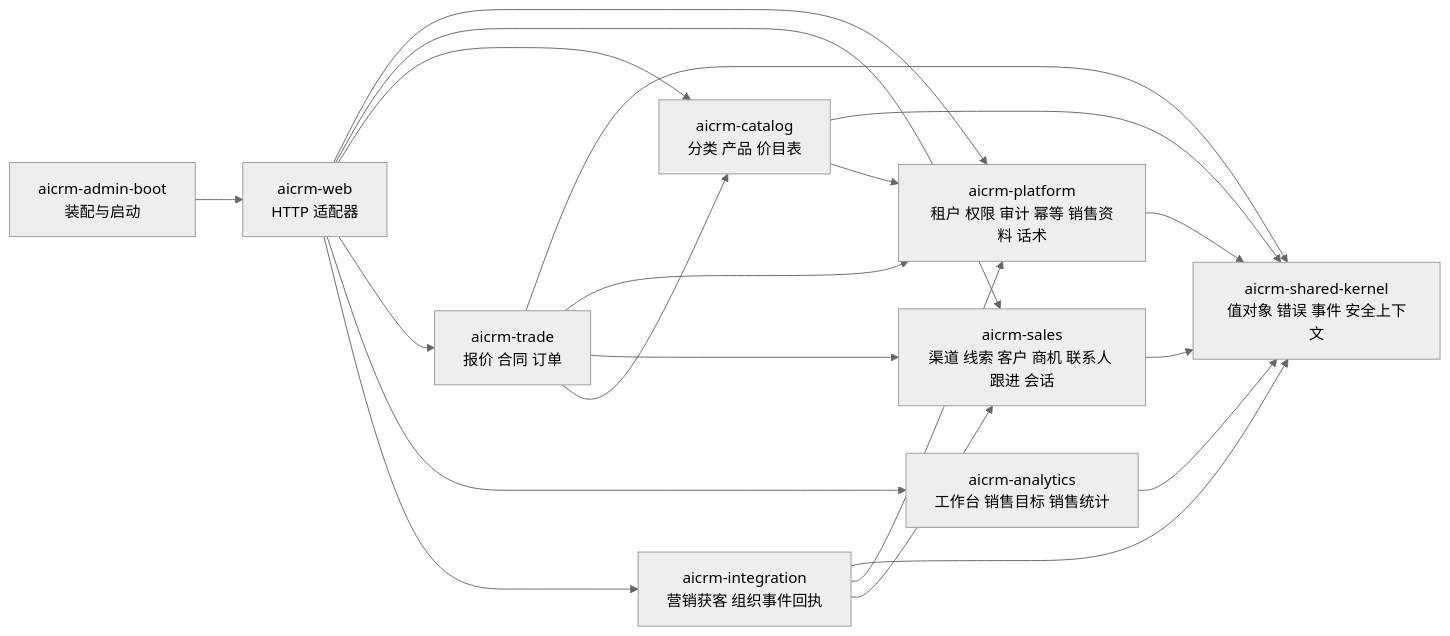
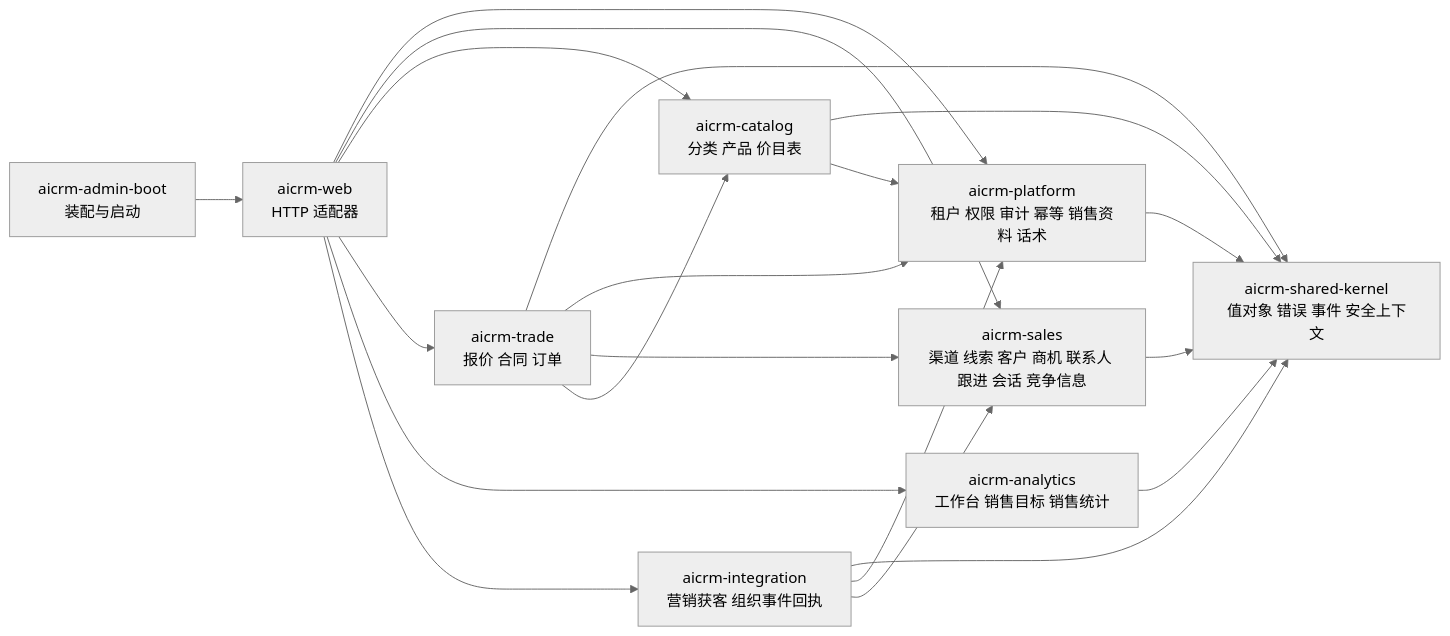
Before and after one commit to Squirtles331/AiCRM: the diagram in docs/architecture/README.md, drawn with Mermaid (neutral theme). The commit also changed other lines of this file and 14 other files, not shown here.

````diff
--- a/docs/architecture/README.md
+++ b/docs/architecture/README.md
@@ -11,22 +11,22 @@
 ```mermaid
 flowchart LR
     WEB["aicrm-web\nHTTP 适配器"] --> PLATFORM["aicrm-platform\n租户 权限 审计 幂等 销售资料 话术"]
-    WEB --> SALES["aicrm-sales\n渠道 线索 客户 商机 联系人 跟进 会话"]
+    WEB --> SALES["aicrm-sales\n渠道 线索 客户 商机 联系人 跟进 会话 竞争信息"]
     WEB --> CATALOG["aicrm-catalog\n分类 产品 价目表"]
     WEB --> TRADE["aicrm-trade\n报价 合同 订单"]
     WEB --> ANALYTICS["aicrm-analytics\n工作台 销售目标 销售统计"]
     WEB --> INTEGRATION["aicrm-integration\n营销获客 组织事件回执"]
     SALES --> KERNEL["aicrm-shared-kernel\n值对象 错误 事件 安全上下文"]
     CATALOG --> KERNEL
     TRADE --> KERNEL
     ANALYTICS --> KERNEL
     INTEGRATION --> KERNEL
     PLATFORM --> KERNEL
     BOOT["aicrm-admin-boot\n装配与启动"] --> WEB
     CATALOG --> PLATFORM
     TRADE --> PLATFORM
     TRADE --> SALES
     TRADE --> CATALOG
     INTEGRATION --> PLATFORM
     INTEGRATION --> SALES
 ```
````
